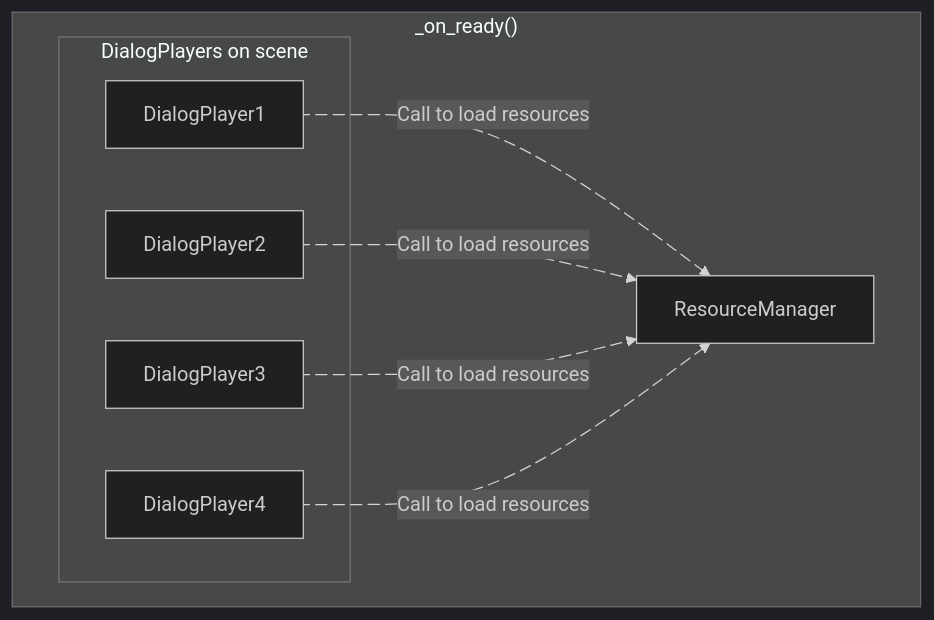
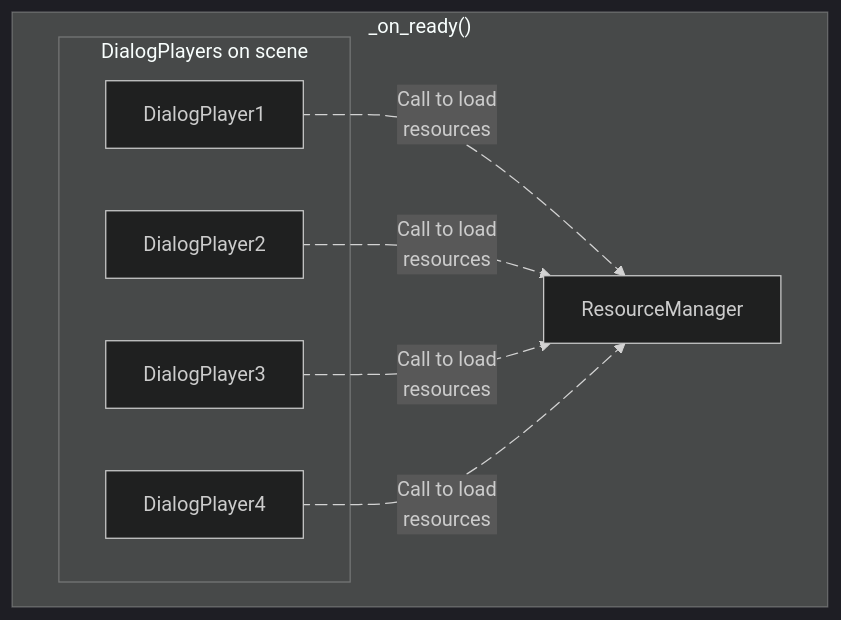
Before and after one commit to SproutyLabs/SproutyDialogsDocs: the diagram in docs/dialogues/using-dialogues.md, drawn with Mermaid (dark theme). The commit also changed 6 other files, not shown here.

````diff
--- a/docs/dialogues/using-dialogues.md
+++ b/docs/dialogues/using-dialogues.md
@@ -109,19 +109,19 @@
 ```mermaid
 graph TD;
 	subgraph OnReady ["_on_ready()"]
 		subgraph OnScene ["DialogPlayers on scene"]
 		DialogPlayer1
 		DialogPlayer2
 		DialogPlayer3
 		DialogPlayer4
 		end
-        DialogPlayer1 e1@--Call to load resources-->ResourceManager
-    	DialogPlayer2 e2@--Call to load resources-->ResourceManager
-   		DialogPlayer3 e3@--Call to load resources-->ResourceManager
-    	DialogPlayer4 e4@--Call to load resources-->ResourceManager
+        DialogPlayer1 e1@--Call to load<br/>resources-->ResourceManager
+    	DialogPlayer2 e2@--Call to load<br/>resources-->ResourceManager
+   		DialogPlayer3 e3@--Call to load<br/>resources-->ResourceManager
+    	DialogPlayer4 e4@--Call to load<br/>resources-->ResourceManager
 		e1@{ animate: slow }
 		e2@{ animate: slow }
 		e3@{ animate: slow }
 		e4@{ animate: slow }
     end
 ```
````
